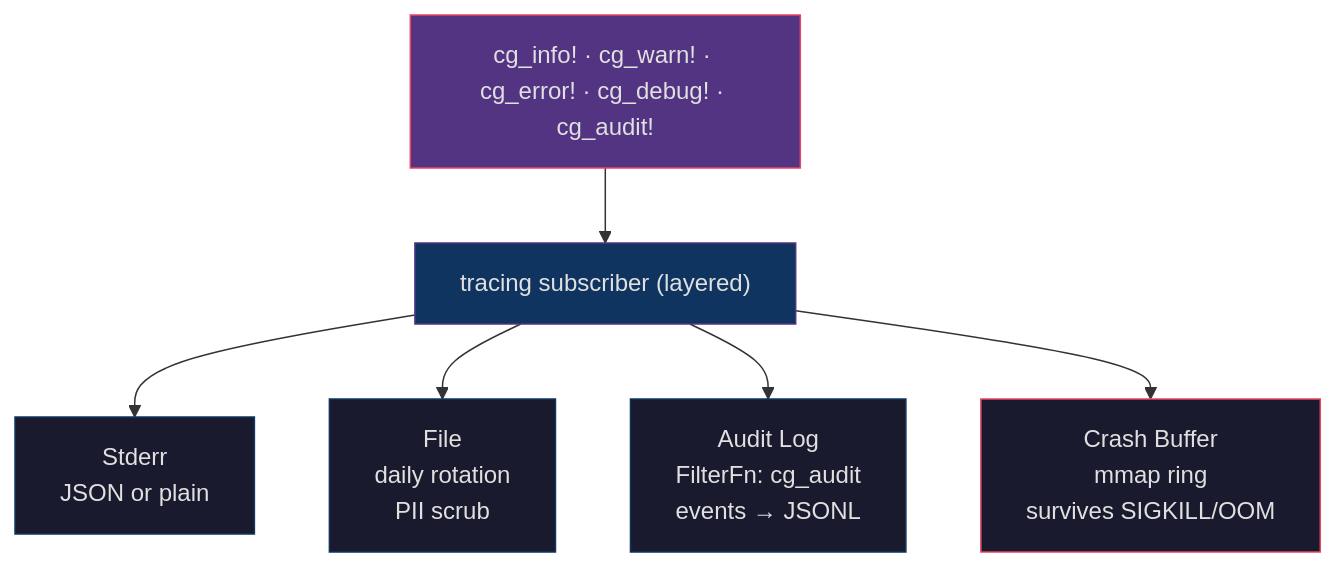
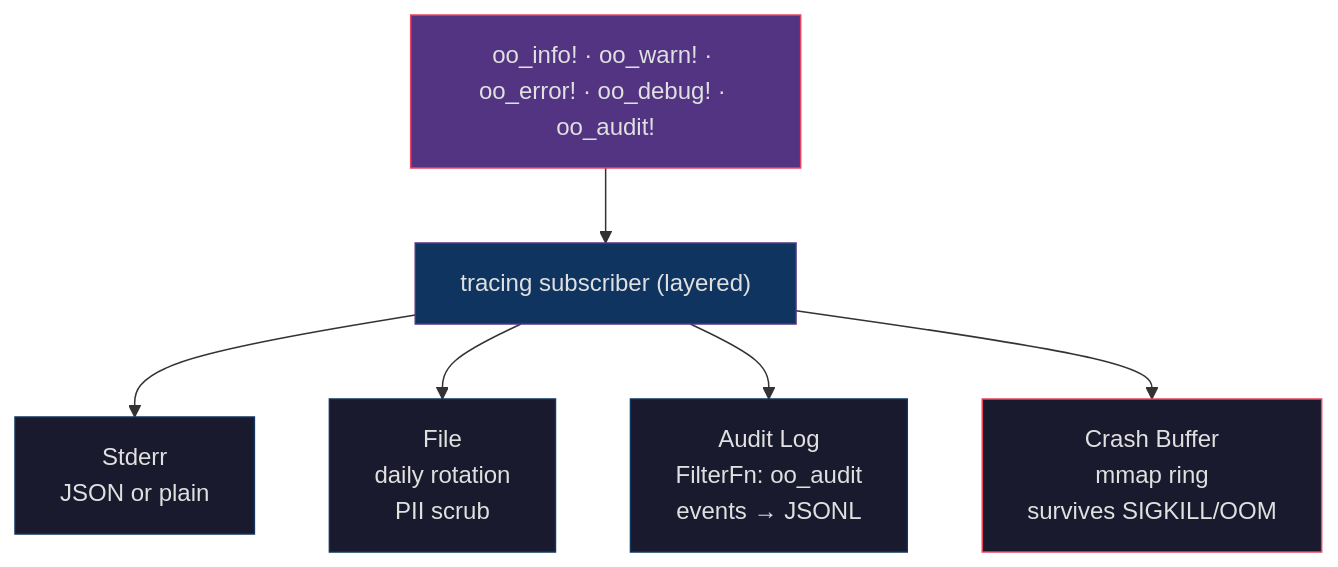
Before and after one commit to OpenObscure/OpenObscure: diagram 11 of 13 in ARCHITECTURE.md, drawn with Mermaid. The commit also changed other lines of this file and 34 other files, not shown here.

````diff
--- a/ARCHITECTURE.md
+++ b/ARCHITECTURE.md
@@ -520,23 +520,23 @@
 ```mermaid
 flowchart TB
-    macros["cg_info! · cg_warn! · cg_error! · cg_debug! · cg_audit!"]
+    macros["oo_info! · oo_warn! · oo_error! · oo_debug! · oo_audit!"]
     subscriber["tracing subscriber (layered)"]
     macros --> subscriber
 
     stderr["Stderr\nJSON or plain"]
     filelog["File\ndaily rotation\nPII scrub"]
-    audit["Audit Log\nFilterFn: cg_audit\nevents → JSONL"]
+    audit["Audit Log\nFilterFn: oo_audit\nevents → JSONL"]
     crash["Crash Buffer\nmmap ring\nsurvives SIGKILL/OOM"]
 
     subscriber --> stderr
     subscriber --> filelog
     subscriber --> audit
     subscriber --> crash
 
     style macros fill:#533483,stroke:#e94560,color:#e0e0e0
     style subscriber fill:#0f3460,stroke:#533483,color:#e0e0e0
     style stderr fill:#1a1a2e,stroke:#0f3460,color:#e0e0e0
     style filelog fill:#1a1a2e,stroke:#0f3460,color:#e0e0e0
     style audit fill:#1a1a2e,stroke:#0f3460,color:#e0e0e0
     style crash fill:#1a1a2e,stroke:#e94560,color:#e0e0e0
 ```
````
